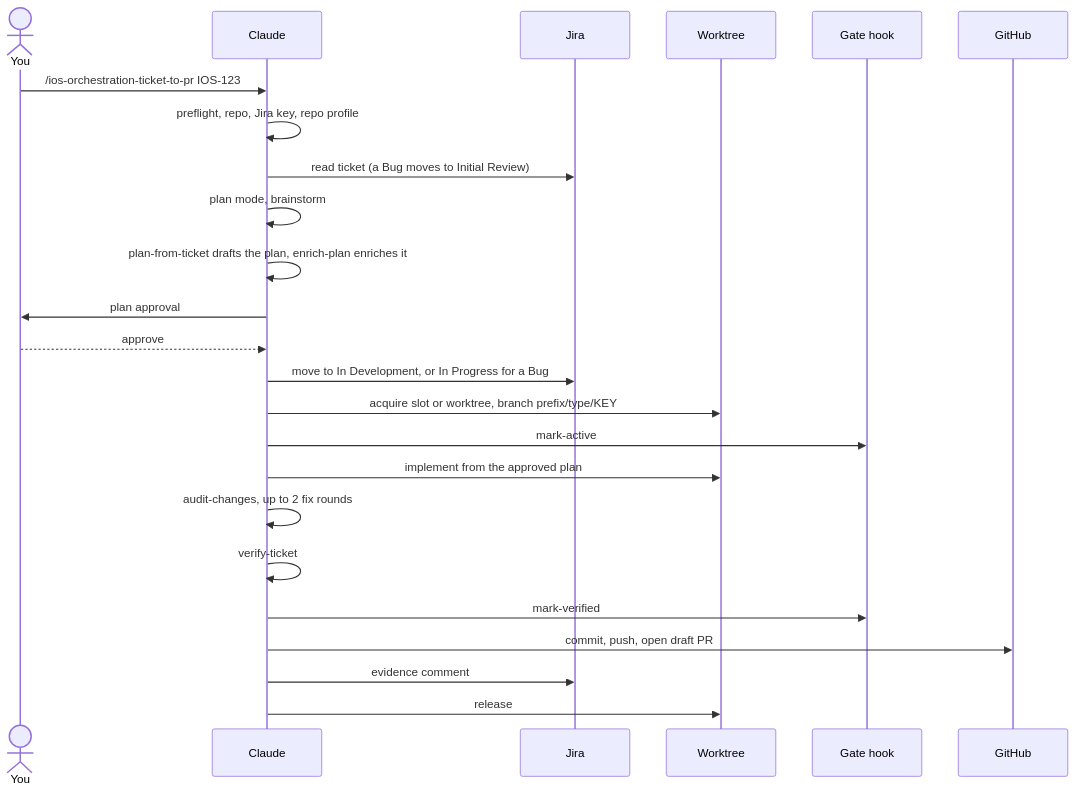
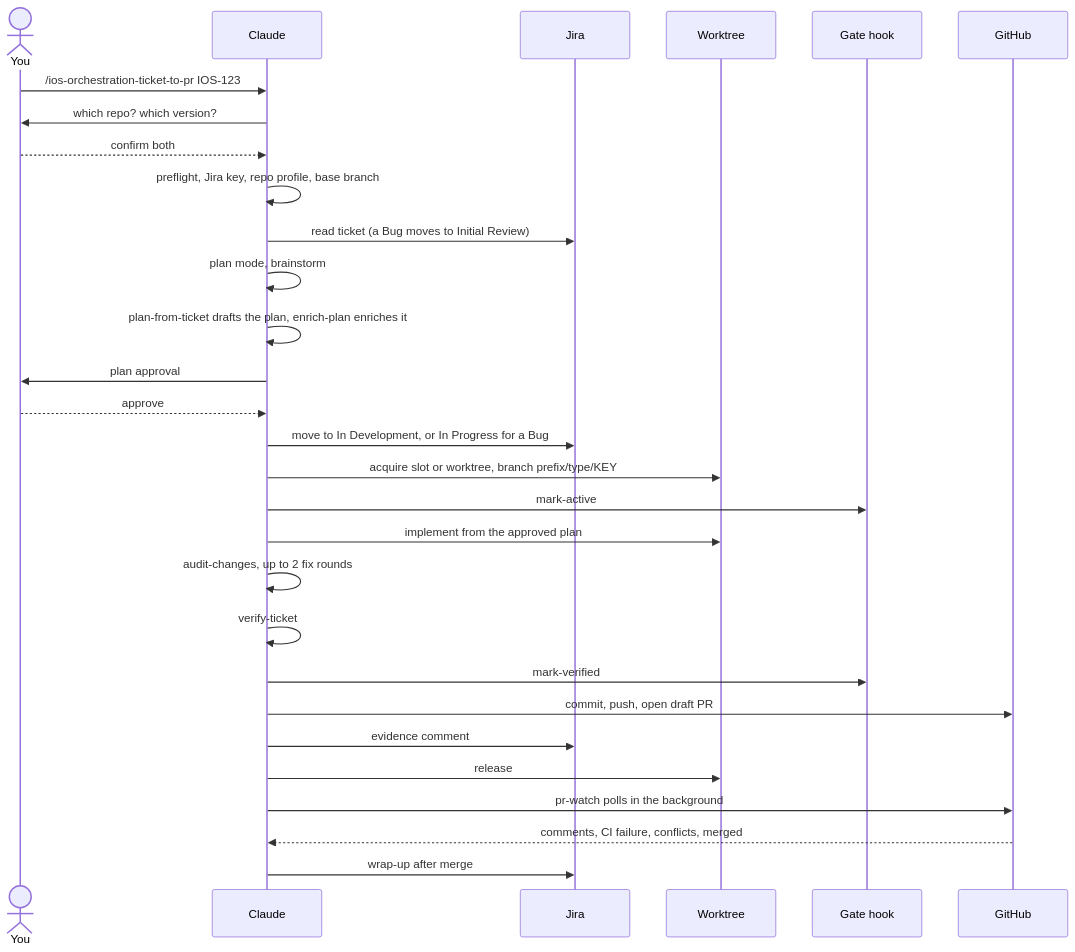
Before and after one commit to gdncomm-aditya-h/adit-mobile-orchestration: the diagram in docs/ticket-flow.md, drawn with Mermaid. The commit also changed other lines of this file and 8 other files, not shown here.

First line of the commit message:
docs: follow agent-plugins#595 as it stands now (fifteen skills, repo and version questions, pr-watch, wrap-up, publish-doc)

````diff
--- a/docs/ticket-flow.md
+++ b/docs/ticket-flow.md
@@ -9,27 +9,32 @@
 ```mermaid
 sequenceDiagram
     actor You
     participant Claude
     participant Jira
     participant Slot as Worktree
     participant Gate as Gate hook
     participant GH as GitHub
 
     You->>Claude: /ios-orchestration-ticket-to-pr IOS-123
-    Claude->>Claude: preflight, repo, Jira key, repo profile
+    Claude->>You: which repo? which version?
+    You-->>Claude: confirm both
+    Claude->>Claude: preflight, Jira key, repo profile, base branch
     Claude->>Jira: read ticket (a Bug moves to Initial Review)
     Claude->>Claude: plan mode, brainstorm
     Claude->>Claude: plan-from-ticket drafts the plan, enrich-plan enriches it
     Claude->>You: plan approval
     You-->>Claude: approve
     Claude->>Jira: move to In Development, or In Progress for a Bug
     Claude->>Slot: acquire slot or worktree, branch prefix/type/KEY
     Claude->>Gate: mark-active
     Claude->>Slot: implement from the approved plan
     Claude->>Claude: audit-changes, up to 2 fix rounds
     Claude->>Claude: verify-ticket
     Claude->>Gate: mark-verified
     Claude->>GH: commit, push, open draft PR
     Claude->>Jira: evidence comment
     Claude->>Slot: release
+    Claude->>GH: pr-watch polls in the background
+    GH-->>Claude: comments, CI failure, conflicts, merged
+    Claude->>Jira: wrap-up after merge
 ```
````
